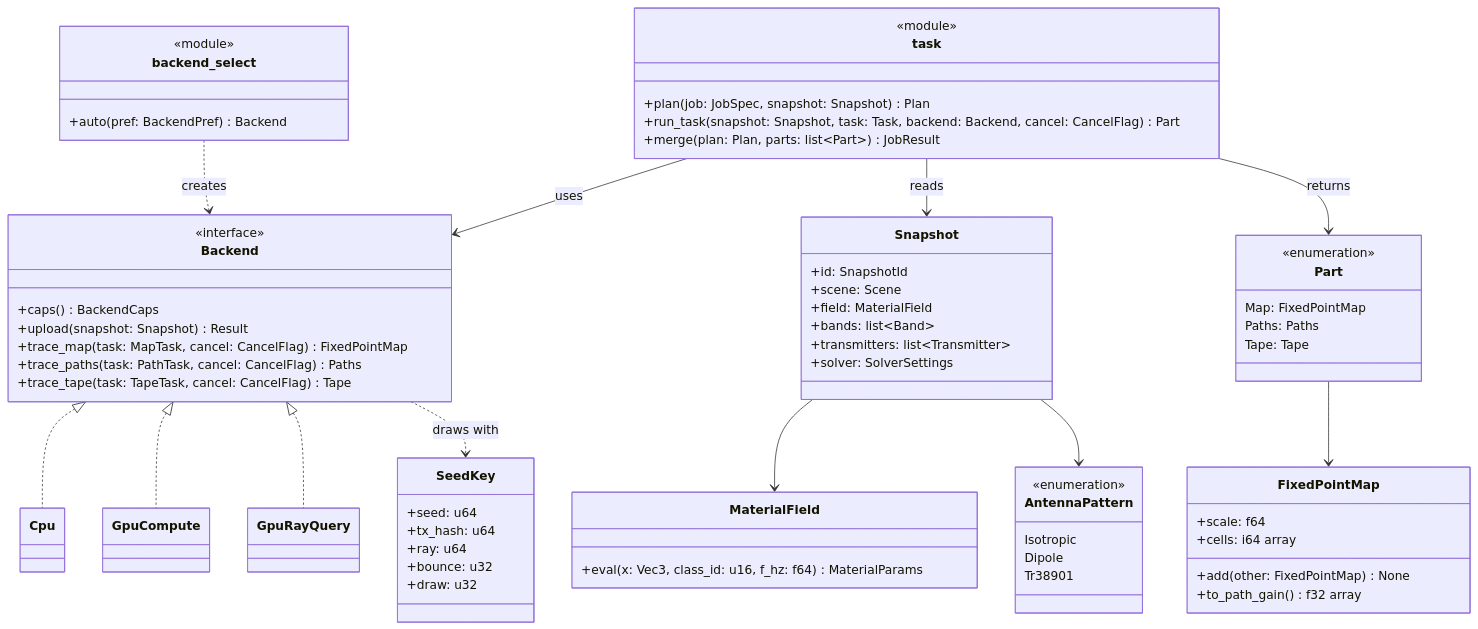
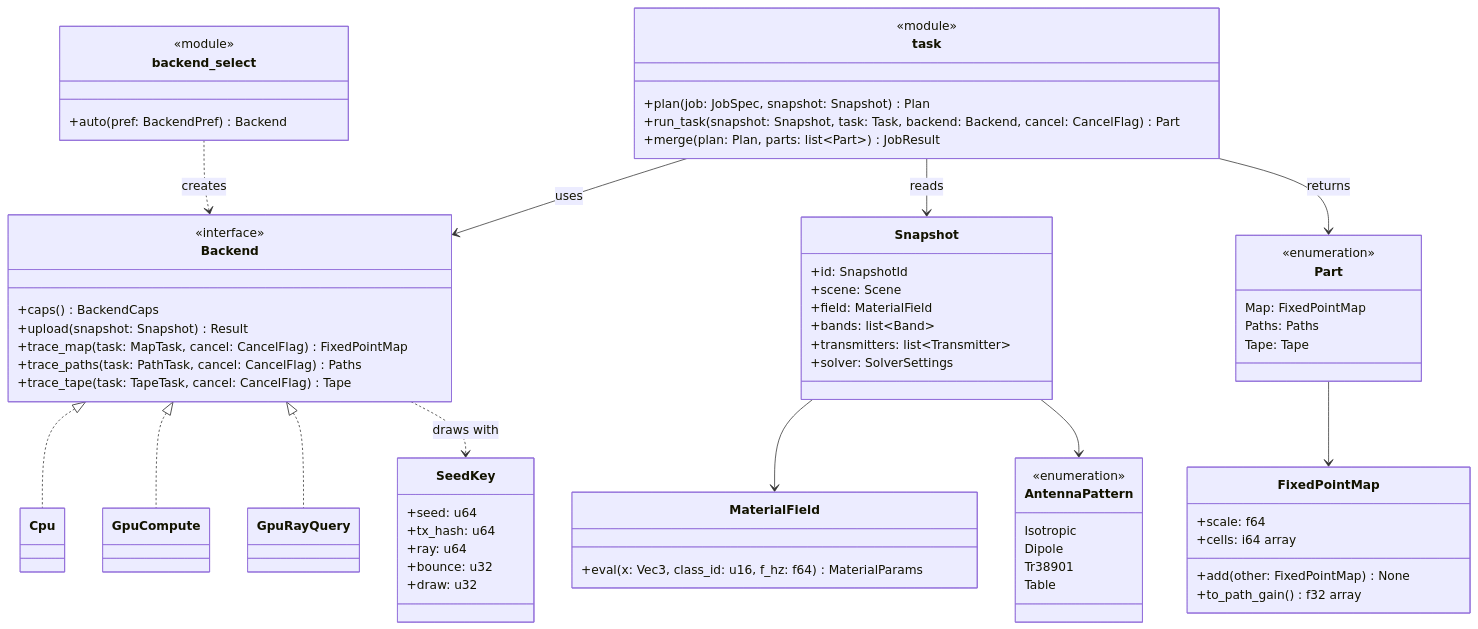
The second of 16 diagrams in docs/architecture/ARCHITECTURE.md (NguyenVu04/ray-twin), drawn with Mermaid before and after one commit. The commit also changed other lines of this file and 24 other files, not shown here.

````diff
--- a/docs/architecture/ARCHITECTURE.md
+++ b/docs/architecture/ARCHITECTURE.md
@@ -415,81 +352,82 @@
 ```mermaid
 classDiagram
     class task {
         <<module>>
         +plan(job: JobSpec, snapshot: Snapshot) Plan
         +run_task(snapshot: Snapshot, task: Task, backend: Backend, cancel: CancelFlag) Part
         +merge(plan: Plan, parts: list~Part~) JobResult
     }
 
     class Backend {
         <<interface>>
         +caps() BackendCaps
         +upload(snapshot: Snapshot) Result
         +trace_map(task: MapTask, cancel: CancelFlag) FixedPointMap
         +trace_paths(task: PathTask, cancel: CancelFlag) Paths
         +trace_tape(task: TapeTask, cancel: CancelFlag) Tape
     }
 
     class backend_select {
         <<module>>
         +auto(pref: BackendPref) Backend
     }
 
     class Cpu
     class GpuCompute
     class GpuRayQuery
 
     class Snapshot {
         +id: SnapshotId
         +scene: Scene
         +field: MaterialField
         +bands: list~Band~
         +transmitters: list~Transmitter~
         +solver: SolverSettings
     }
 
     class Part {
         <<enumeration>>
         Map: FixedPointMap
         Paths: Paths
         Tape: Tape
     }
 
     class FixedPointMap {
         +scale: f64
         +cells: i64 array
         +add(other: FixedPointMap) None
         +to_path_gain() f32 array
     }
 
     class SeedKey {
         +seed: u64
         +tx_hash: u64
         +ray: u64
         +bounce: u32
         +draw: u32
     }
 
     class MaterialField {
         +eval(x: Vec3, class_id: u16, f_hz: f64) MaterialParams
     }
 
     class AntennaPattern {
         <<enumeration>>
         Isotropic
         Dipole
         Tr38901
+        Table
     }
 
     Backend <|.. Cpu
     Backend <|.. GpuCompute
     Backend <|.. GpuRayQuery
     backend_select ..> Backend : creates
     task --> Backend : uses
     task --> Snapshot : reads
     task --> Part : returns
     Part --> FixedPointMap
     Backend ..> SeedKey : draws with
     Snapshot --> MaterialField
     Snapshot --> AntennaPattern
 ```
````
